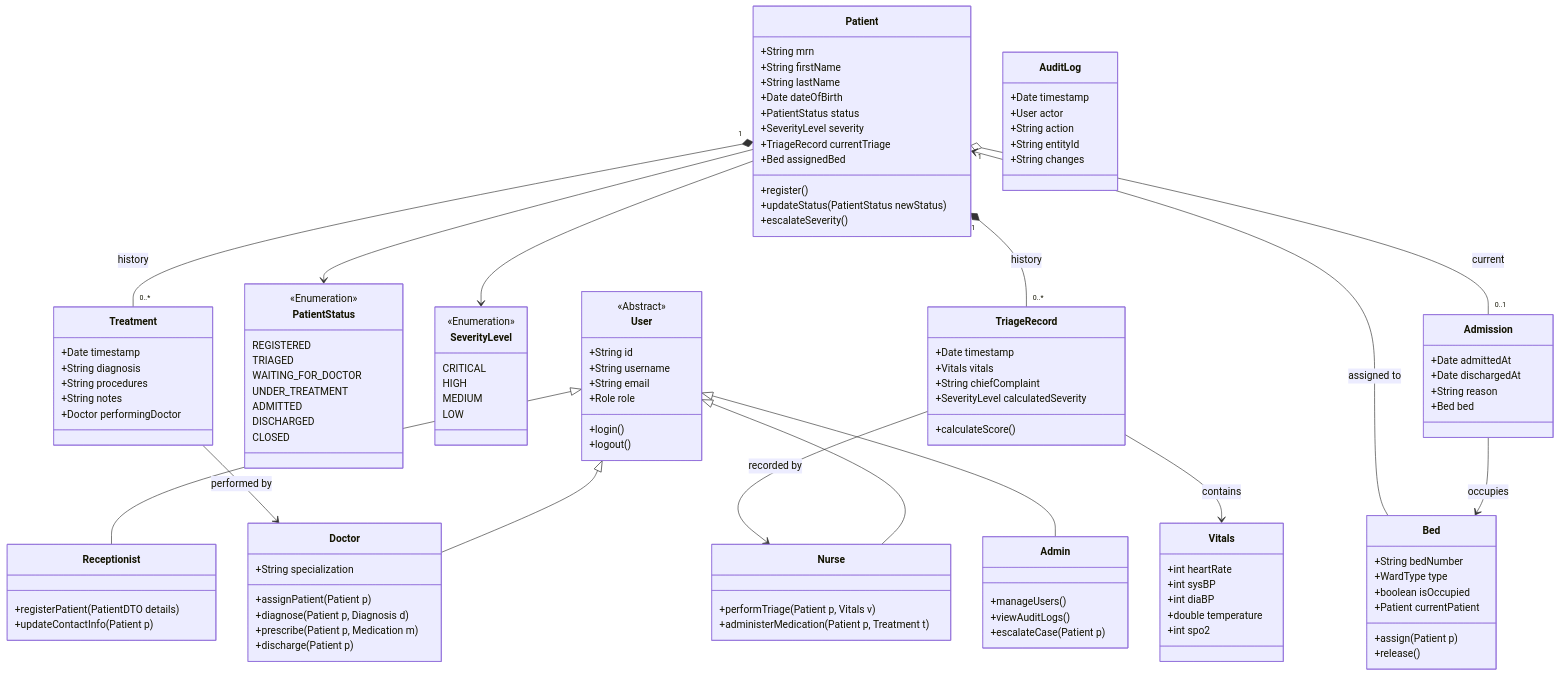
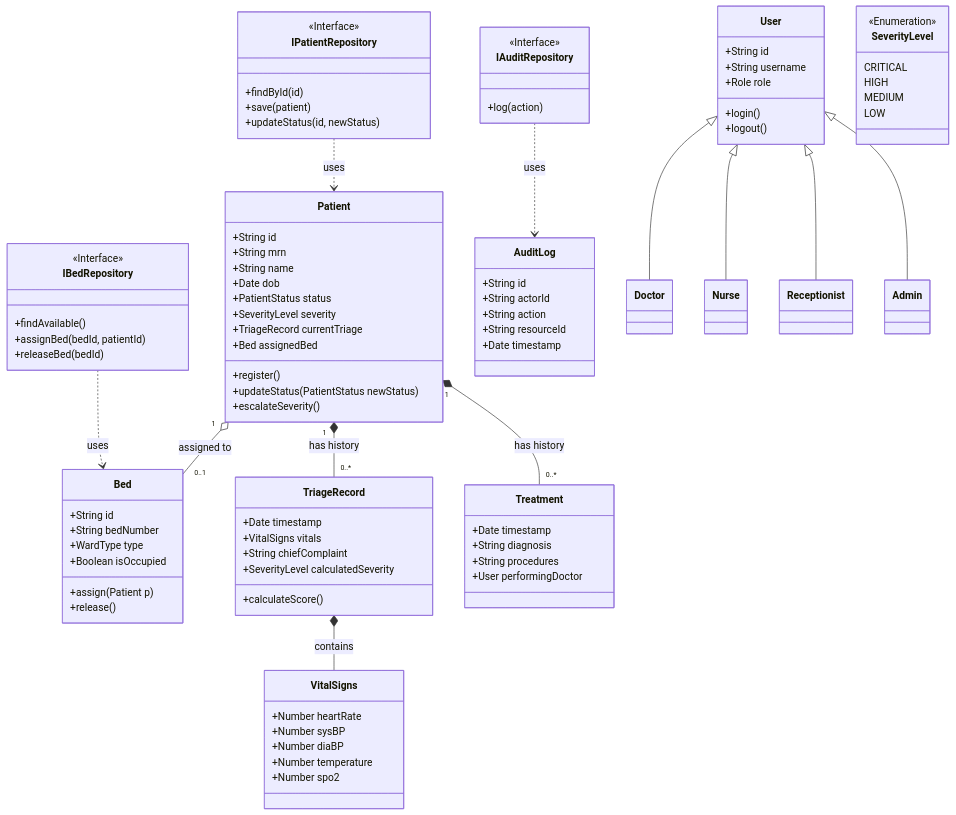
One commit to kantrolv/emergency-room-workflow changed the diagram in classDiagram.md. Above: the diagram before and after it, drawn with Mermaid. The commit also changed other lines of this file and 4 other files, not shown here.

Commit message:
Update system design for Node.js + MongoDB stack and diagrams

````diff
--- a/classDiagram.md
+++ b/classDiagram.md
@@ -3,46 +3,31 @@
 ```mermaid
 classDiagram
-    %% Abstract User
-    class User {
-        <<Abstract>>
-        +String id
-        +String username
-        +String email
-        +Role role
-        +login()
-        +logout()
+    %% Abstract Repository Interface
+    class IPatientRepository {
+        <<Interface>>
+        +findById(id)
+        +save(patient)
+        +updateStatus(id, newStatus)
     }
 
-    class Doctor {
-        +String specialization
-        +assignPatient(Patient p)
-        +diagnose(Patient p, Diagnosis d)
-        +prescribe(Patient p, Medication m)
-        +discharge(Patient p)
+    class IBedRepository {
+        <<Interface>>
+        +findAvailable()
+        +assignBed(bedId, patientId)
+        +releaseBed(bedId)
     }
 
-    class Nurse {
-        +performTriage(Patient p, Vitals v)
-        +administerMedication(Patient p, Treatment t)
+    class IAuditRepository {
+        <<Interface>>
+        +log(action)
     }
 
-    class Receptionist {
-        +registerPatient(PatientDTO details)
-        +updateContactInfo(Patient p)
-    }
-
-    class Admin {
-        +manageUsers()
-        +viewAuditLogs()
-        +escalateCase(Patient p)
-    }
-
-    %% Patient Entity
+    %% Domain Entities
     class Patient {
+        +String id
         +String mrn
-        +String firstName
-        +String lastName
-        +Date dateOfBirth
+        +String name
+        +Date dob
         +PatientStatus status
         +SeverityLevel severity
         +TriageRecord currentTriage
@@ -52,16 +37,53 @@
         +escalateSeverity()
     }
 
-    %% Value Objects & Enums
-    class PatientStatus {
-        <<Enumeration>>
-        REGISTERED
-        TRIAGED
-        WAITING_FOR_DOCTOR
-        UNDER_TREATMENT
-        ADMITTED
-        DISCHARGED
-        CLOSED
+    class User {
+        +String id
+        +String username
+        +Role role
+        +login()
+        +logout()
+    }
+
+    class Bed {
+        +String id
+        +String bedNumber
+        +WardType type
+        +Boolean isOccupied
+        +assign(Patient p)
+        +release()
+    }
+
+    class TriageRecord {
+        +Date timestamp
+        +VitalSigns vitals
+        +String chiefComplaint
+        +SeverityLevel calculatedSeverity
+        +calculateScore()
+    }
+
+    class Treatment {
+        +Date timestamp
+        +String diagnosis
+        +String procedures
+        +User performingDoctor
+    }
+
+    class AuditLog {
+        +String id
+        +String actorId
+        +String action
+        +String resourceId
+        +Date timestamp
+    }
+
+    %% Value Objects
+    class VitalSigns {
+        +Number heartRate
+        +Number sysBP
+        +Number diaBP
+        +Number temperature
+        +Number spo2
     }
 
     class SeverityLevel {
@@ -72,73 +94,19 @@
         LOW
     }
 
-    class Vitals {
-        +int heartRate
-        +int sysBP
-        +int diaBP
-        +double temperature
-        +int spo2
-    }
-
-    %% Clinical Records
-    class TriageRecord {
-        +Date timestamp
-        +Vitals vitals
-        +String chiefComplaint
-        +SeverityLevel calculatedSeverity
-        +calculateScore()
-    }
-
-    class Treatment {
-        +Date timestamp
-        +String diagnosis
-        +String procedures
-        +String notes
-        +Doctor performingDoctor
-    }
-
-    class Admission {
-        +Date admittedAt
-        +Date dischargedAt
-        +String reason
-        +Bed bed
-    }
-
-    %% Resources
-    class Bed {
-        +String bedNumber
-        +WardType type
-        +boolean isOccupied
-        +Patient currentPatient
-        +assign(Patient p)
-        +release()
-    }
-
-    %% System
-    class AuditLog {
-        +Date timestamp
-        +User actor
-        +String action
-        +String entityId
-        +String changes
-    }
-    
     %% Relationships
     User <|-- Doctor
     User <|-- Nurse
     User <|-- Receptionist
     User <|-- Admin
 
-    Patient "1" *-- "0..*" TriageRecord : history
-    Patient "1" *-- "0..*" Treatment : history
-    Patient "1" o-- "0..1" Admission : current
-    Patient --> PatientStatus
-    Patient --> SeverityLevel
+    Patient "1" *-- "0..*" TriageRecord : has history
+    Patient "1" *-- "0..*" Treatment : has history
+    Patient "1" o-- "0..1" Bed : assigned to
     
-    Admission --> Bed : occupies
-    Bed --> Patient : assigned to
-    
-    Treatment --> Doctor : performed by
-    TriageRecord --> Vitals : contains
-    TriageRecord --> Nurse : recorded by
+    TriageRecord *-- VitalSigns : contains
+
+    IPatientRepository ..> Patient : uses
+    IBedRepository ..> Bed : uses
+    IAuditRepository ..> AuditLog : uses
 ```
````
